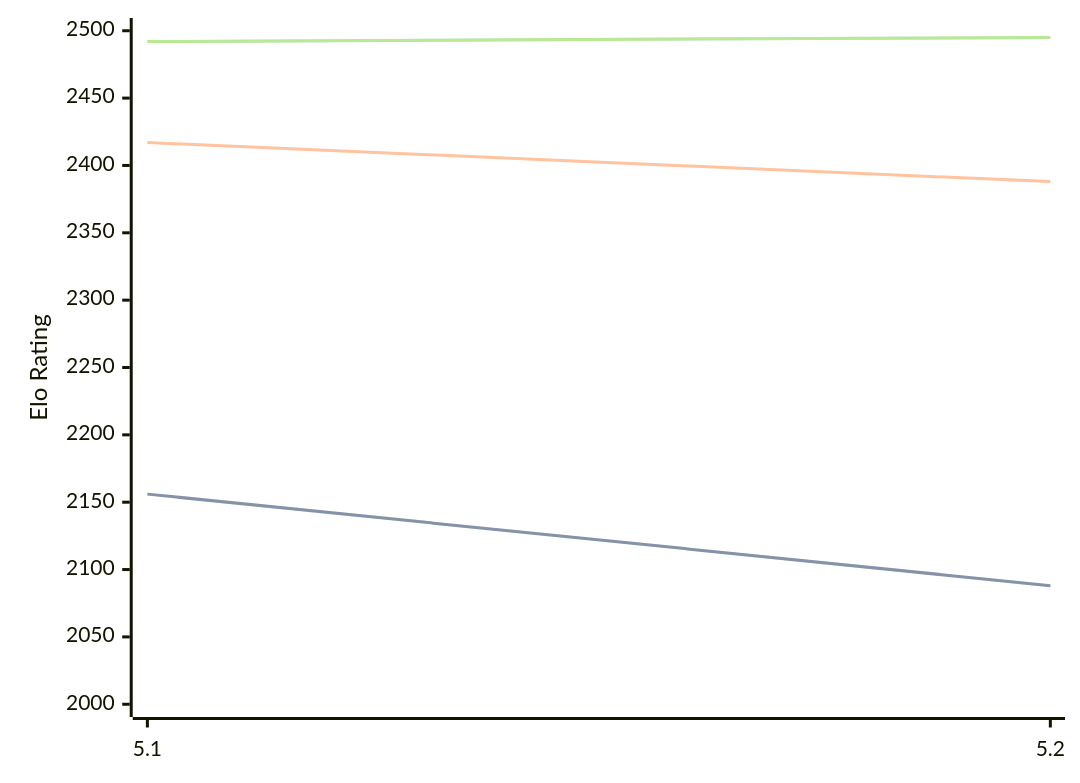
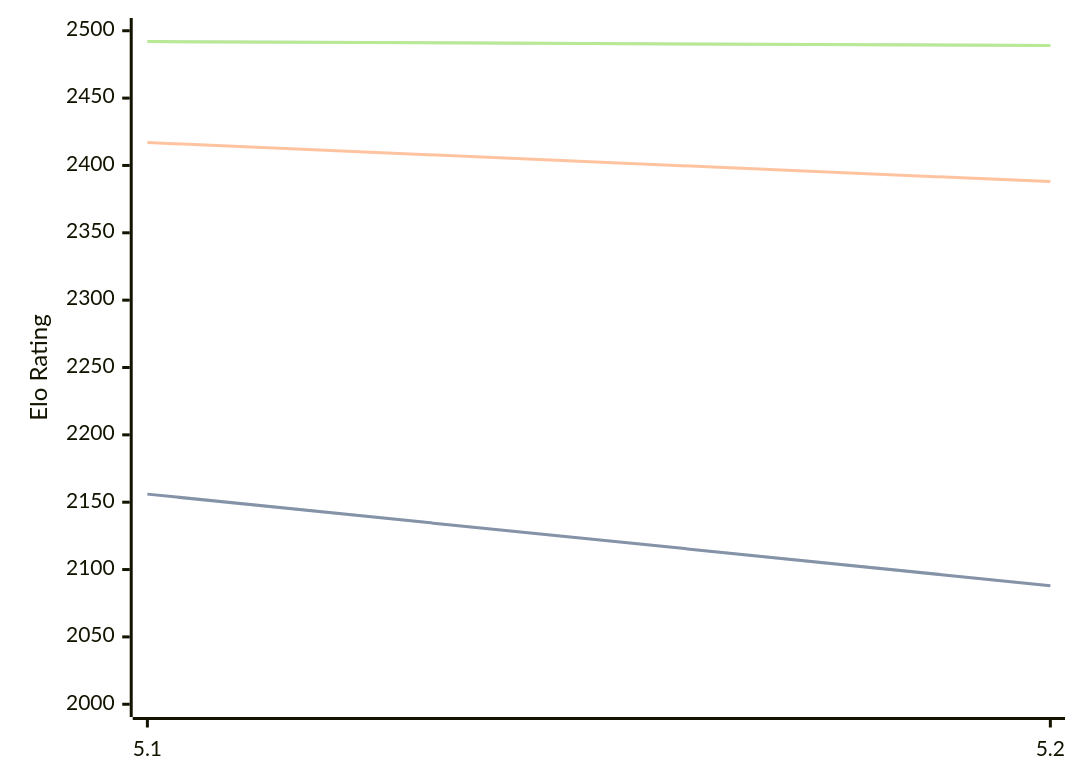
The third of 3 diagrams in engines/Prophet.md (computer-chess-index/cci), drawn with Mermaid before and after one commit. The commit also changed other lines of this file, not shown here.

Commit message:
Update CCI Ratings (ELO VLTC) - 2026-07-12

````diff
--- a/engines/Prophet.md
+++ b/engines/Prophet.md
@@ -71,11 +71,11 @@
 ```mermaid
 %%{init: {"theme":"base","themeVariables":{"seriesColors:['#a3a3a3','#222221','#faa371']}}}%%
 xychart-beta
   x-axis ["5.1", "5.2"]
   y-axis "Elo Rating" 2000 --> 2500
   line "STC (8.0+0.08s)" [2156, 2088]
   line "STC (8.0+0.08s)" [2156, 2088]
   line "LTC (60.0+0.60s)" [2417, 2388]
-  line "VLTC (2m24s+1.12s)" [2492, 2495]
-  line "VLTC (2m24s+1.12s)" [2492, 2495]
+  line "VLTC (2m24s+1.12s)" [2492, 2489]
+  line "VLTC (2m24s+1.12s)" [2492, 2489]
 ```
````
